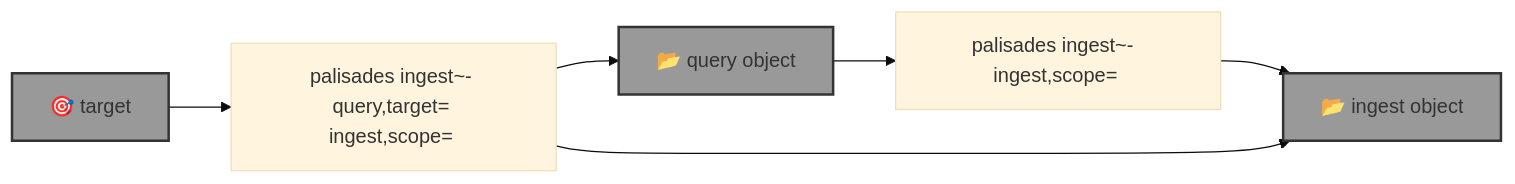
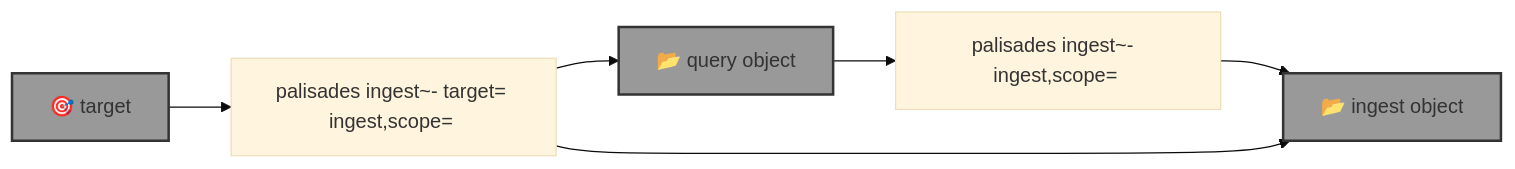
Before and after one commit to kamangir/blue-sandbox: the diagram in blue_sandbox/palisades/template.md, drawn with Mermaid (base theme). The commit also changed 4 other files, not shown here.

````diff
--- a/blue_sandbox/palisades/template.md
+++ b/blue_sandbox/palisades/template.md
@@ -5,18 +5,18 @@
 ```mermaid
 graph LR
     palisades_ingest_query["palisades ingest~- <query-object-name> ingest,scope=<scope> <ingest-object-name>"]
-    palisades_ingest_target["palisades ingest~- query,target=<target> ingest,scope=<scope> <ingest-object-name>"]
+    palisades_ingest_target["palisades ingest~- target=<target> ingest,scope=<scope> <ingest-object-name>"]
 
     target["🎯 target"]:::folder
     query_object["📂 query object"]:::folder
     ingest_object["📂 ingest object"]:::folder
 
     query_object --> palisades_ingest_query
     palisades_ingest_query --> ingest_object
 
     target --> palisades_ingest_target
     palisades_ingest_target --> query_object
     palisades_ingest_target --> ingest_object
 
     classDef folder fill:#999,stroke:#333,stroke-width:2px;
 ```
````
